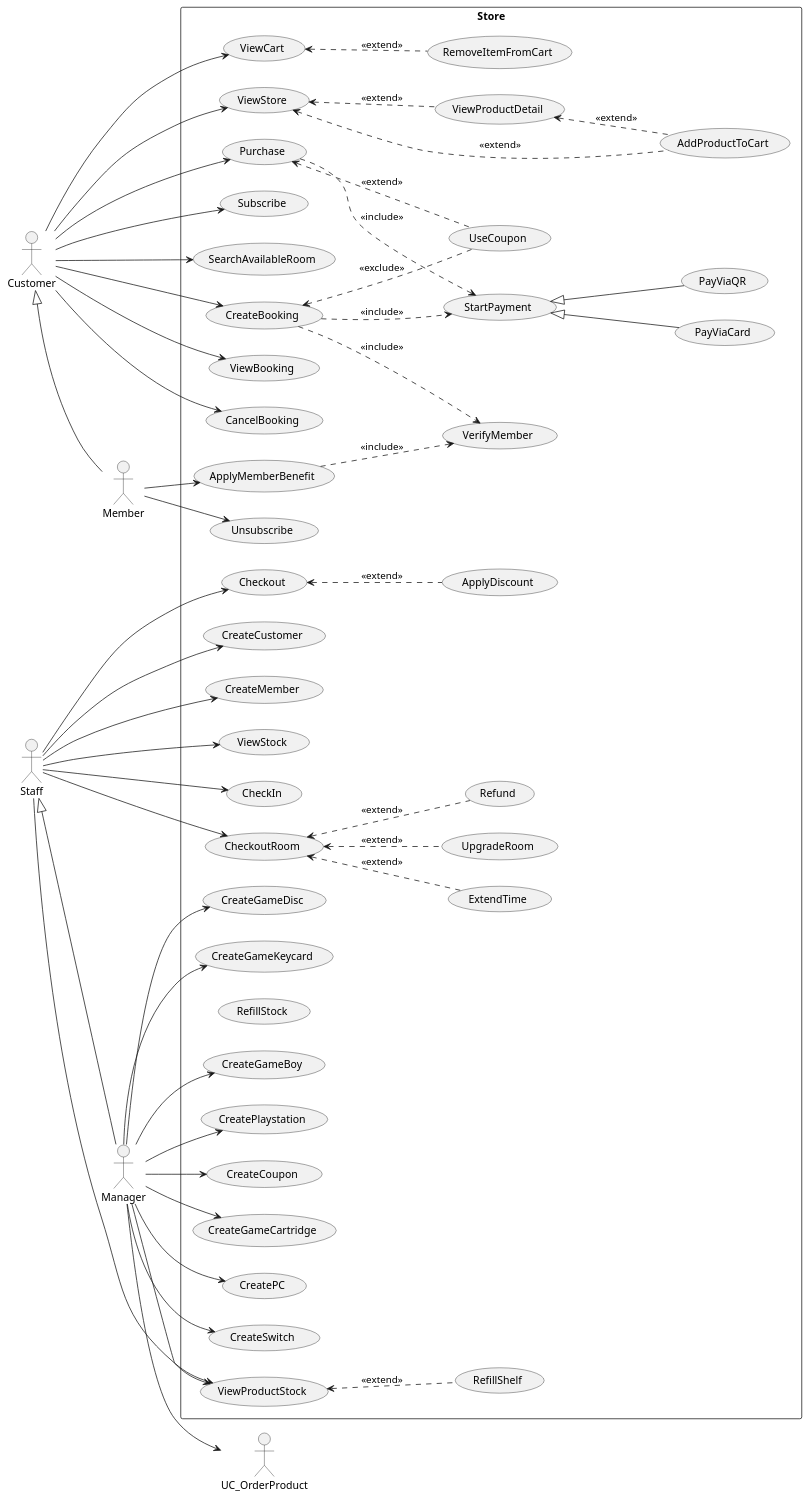
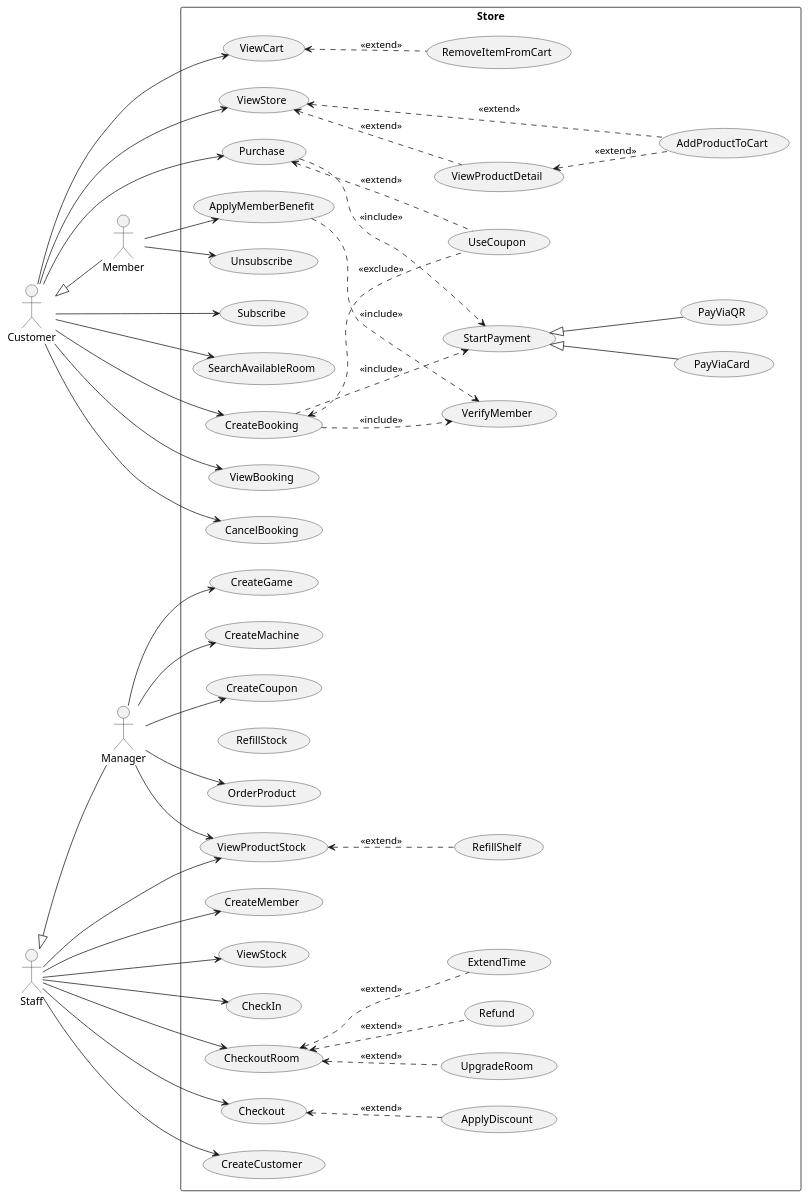
Before and after one commit to WaroonRagwongsiri/OOP_Project: the diagram in UseCaseDiagram/usecase_diagram.puml, drawn with PlantUML. The commit also changed 1 other file, not shown here.

Commit message:
create_game and crete_machine (usecase diagram)

```diff
--- a/UseCaseDiagram/usecase_diagram.puml
+++ b/UseCaseDiagram/usecase_diagram.puml
@@ -1,133 +1,124 @@
 @startuml UseCaseDiagram
 left to right direction
 
 ' =========================
 ' Actors (from hierarchy in Class Diagram)
 ' =========================
 actor "Customer" as A_Customer
 actor "Member" as A_Member
 actor "Staff" as A_Staff
 actor "Manager" as A_Manager
 
 A_Customer <|-- A_Member
 A_Staff <|-- A_Manager
 
 rectangle "Store" {
 
 	'Customer'
 	usecase "AddProductToCart" as UC_AddProductToCart
 	usecase "ViewCart" as UC_ViewCart
 	usecase "RemoveItemFromCart" as UC_RemoveItemFromCart
 	usecase "ViewStore" as UC_ViewStore
 	usecase "ViewProductDetail" as UC_ViewProductDetail
 	usecase "Purchase" as UC_Purchase
 	usecase "UseCoupon" as UC_UseCoupon
 	usecase "Subscribe" as UC_Subscribe
 
 	'Payment'
 	usecase "StartPayment" as UC_StartPayment
 	usecase "PayViaCard" as UC_PayViaCard
 	usecase "PayViaQR" as UC_PayViaQR
 
 	'Member'
 	usecase "ApplyMemberBenefit" as UC_ApplyMemberBenefit
 	usecase "VerifyMember" as UC_VerifyMember
 	usecase "Unsubscribe" as UC_Unsubscribe
 
 	'Staff'
 	usecase "Checkout" as UC_Checkout
 	usecase "ApplyDiscount" as UC_ApplyDiscount
 	usecase "CreateCustomer" as UC_CreateCustomer
 	usecase "CreateMember" as UC_CreateMember
 
 	'Manager'
-	usecase "CreateGameDisc" as UC_CreateGameDisc
-	usecase "CreateGameKeycard" as UC_CreateGameKeycard
-	usecase "CreateGameCartridge" as UC_CreateGameCartridge
-	usecase "CreatePC" as UC_CreatePC
-	usecase "CreateSwitch" as UC_CreateSwitch
-	usecase "CreateGameBoy" as UC_CreateGameBoy
-	usecase "CreatePlaystation" as UC_CreatePlaystation
+	usecase "CreateGame" as UC_CreateGame
+	usecase "CreateMachine" as UC_CreateMachine
 	usecase "ViewProductStock" as UC_ViewProductStock
 	usecase "RefillShelf" as UC_RefillShelf
 	usecase "CreateCoupon" as UC_CreateCoupon
 	usecase "RefillStock" as UC_RefillStock
 	usecase "ViewStock" as UC_ViewStock
+	usecase "OrderProduct" as UC_OrderProduct
 
 	'Room Booking'
 	usecase "SearchAvailableRoom" as UC_SearchAvailableRoom
 	usecase "CreateBooking" as UC_CreateBooking
 	usecase "ViewBooking" as UC_ViewBooking
 	usecase "CancelBooking" as UC_CancelBooking
 	usecase "CheckIn" as UC_CheckIn
 	usecase "ExtendTime" as UC_ExtendTime
 	usecase "UpgradeRoom" as UC_UpgradeRoom
 	usecase "CheckoutRoom" as UC_CheckoutRoom
 	usecase "Refund" as UC_Refund
 }
 
 'Customer'
 A_Customer --> UC_ViewCart
 A_Customer --> UC_ViewStore
 A_Customer --> UC_Purchase
 A_Customer --> UC_Subscribe
 
 UC_ViewStore <.. UC_AddProductToCart : <<extend>>
 UC_ViewStore <.. UC_ViewProductDetail : <<extend>>
 
 UC_ViewProductDetail <.. UC_AddProductToCart : <<extend>>
 
 UC_ViewCart <.. UC_RemoveItemFromCart : <<extend>>
 
 UC_Purchase <.. UC_UseCoupon : <<extend>>
 UC_Purchase ..> UC_StartPayment : <<include>>
 
 'Payment'
 UC_StartPayment <|-- UC_PayViaCard
 UC_StartPayment <|-- UC_PayViaQR
 
 'Member'
 A_Member --> UC_ApplyMemberBenefit
 A_Member --> UC_Unsubscribe
 
 UC_ApplyMemberBenefit ..> UC_VerifyMember : <<include>>
 
 'Staff'
 A_Staff --> UC_Checkout
 A_Staff --> UC_ViewProductStock
 A_Staff --> UC_CreateCustomer
 A_Staff --> UC_CreateMember
 A_Staff --> UC_CheckIn
 A_Staff --> UC_CheckoutRoom
 A_Staff --> UC_ViewStock
 
 UC_CheckoutRoom <.. UC_Refund : <<extend>>
 UC_CheckoutRoom <.. UC_ExtendTime : <<extend>>
 UC_CheckoutRoom <.. UC_UpgradeRoom : <<extend>>
 
 UC_Checkout <.. UC_ApplyDiscount : <<extend>>
 UC_ViewProductStock <.. UC_RefillShelf : <<extend>>
 
 'Manager'
 A_Manager --> UC_CreateCoupon
 A_Manager --> UC_ViewProductStock
-A_Manager --> UC_CreateGameDisc
-A_Manager --> UC_CreateGameKeycard
-A_Manager --> UC_CreateGameCartridge
-A_Manager --> UC_CreatePC
-A_Manager --> UC_CreateSwitch
-A_Manager --> UC_CreateGameBoy
-A_Manager --> UC_CreatePlaystation
+A_Manager --> UC_CreateGame
+A_Manager --> UC_CreateMachine
 A_Manager --> UC_OrderProduct
 
 'Customer / Member booking
 A_Customer --> UC_SearchAvailableRoom
 A_Customer --> UC_CreateBooking
 A_Customer --> UC_ViewBooking
 A_Customer --> UC_CancelBooking
 
 UC_CreateBooking ..> UC_VerifyMember : <<include>>
 UC_CreateBooking ..> UC_StartPayment : <<include>>
 UC_CreateBooking <.. UC_UseCoupon : <<exclude>>
 
 @enduml
```
